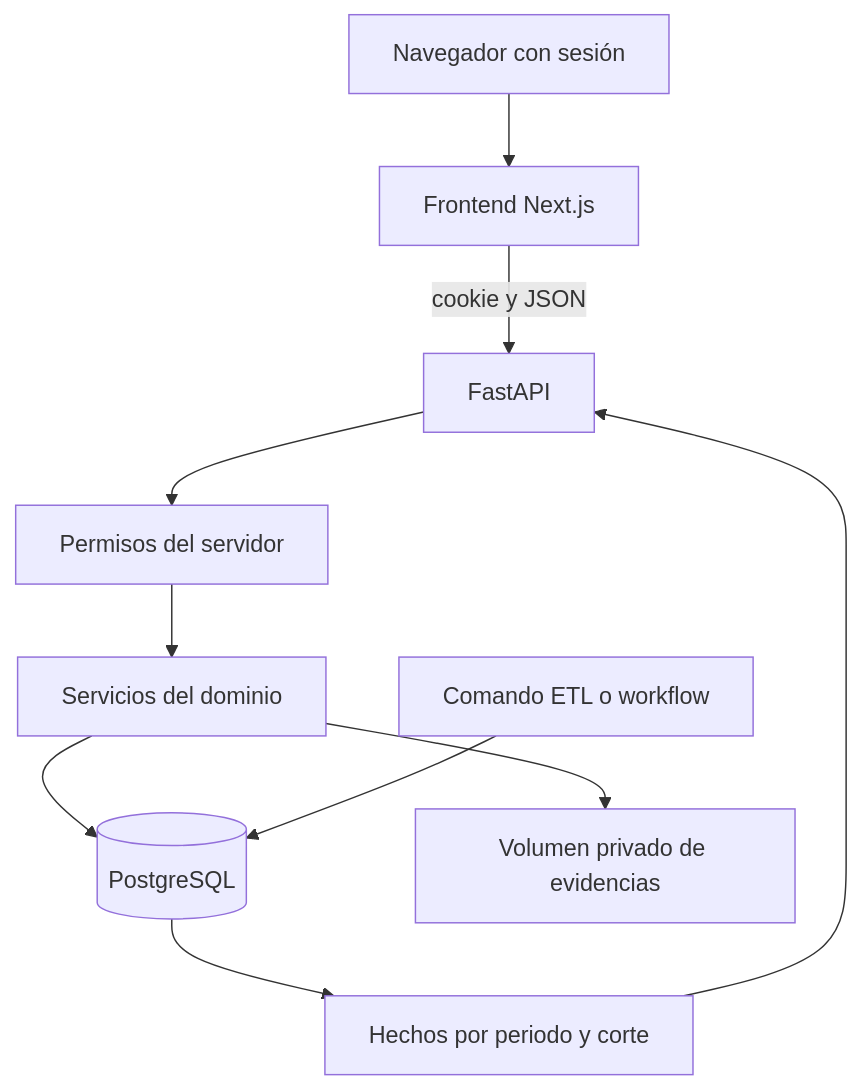
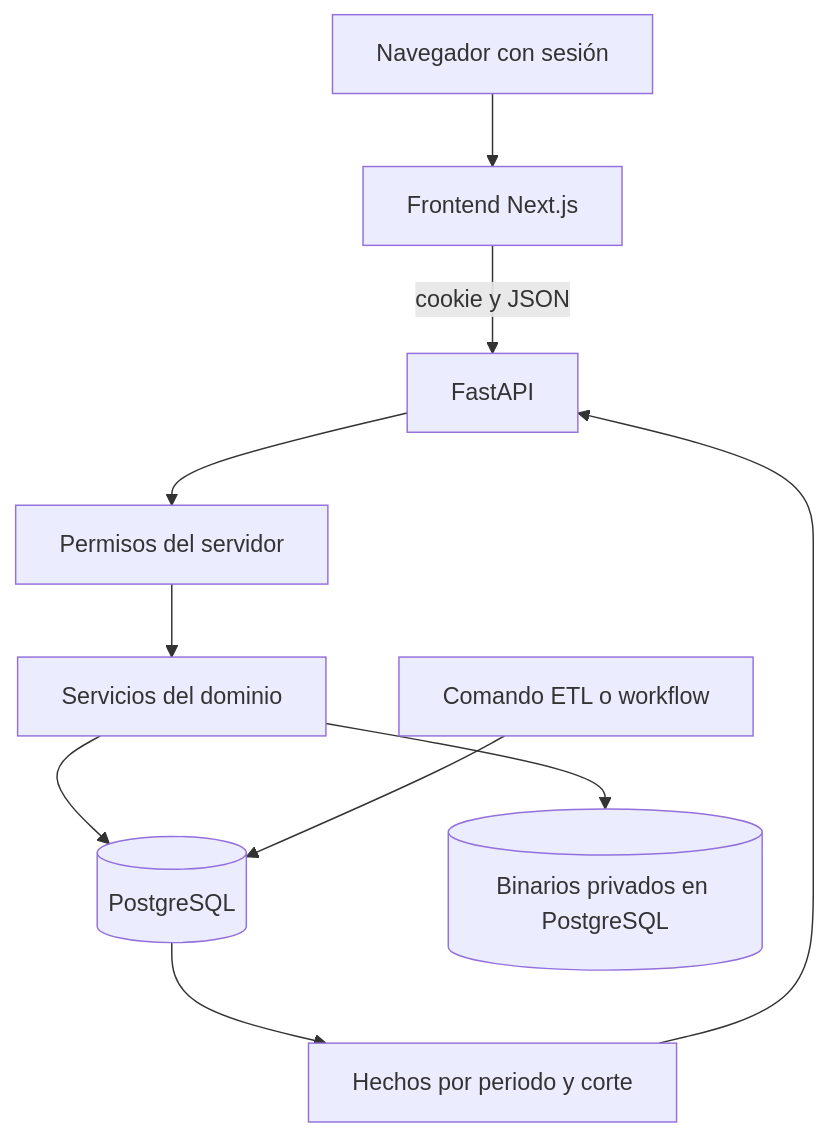
One commit to Kiara1616/pulse-epis changed the diagram in docs/proyecto/11-Arquitectura-tecnica.md. Above: the diagram before and after it, drawn with Mermaid. The commit also changed other lines of this file and 17 other files, not shown here.

Commit message:
Persist uploaded evidence in PostgreSQL

````diff
--- a/docs/proyecto/11-Arquitectura-tecnica.md
+++ b/docs/proyecto/11-Arquitectura-tecnica.md
@@ -18,12 +18,12 @@
 ```mermaid
 flowchart TD
     N[Navegador con sesión] --> F[Frontend Next.js]
     F -->|cookie y JSON| API[FastAPI]
     API --> A[Permisos del servidor]
     A --> S[Servicios del dominio]
     S --> DB[(PostgreSQL)]
-    S --> E[Volumen privado de evidencias]
+    S --> E[(Binarios privados en PostgreSQL)]
     ETL[Comando ETL o workflow] --> DB
     DB --> SNAP[Hechos por periodo y corte]
     SNAP --> API
 ```
````
